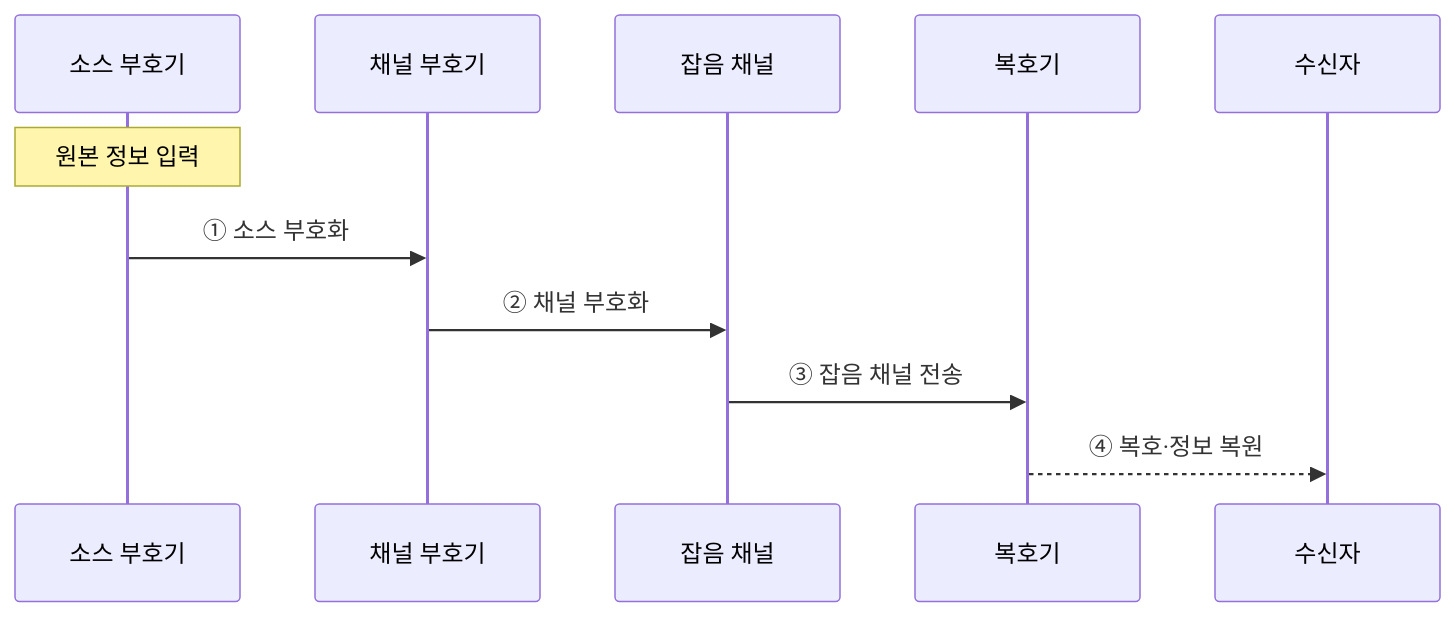
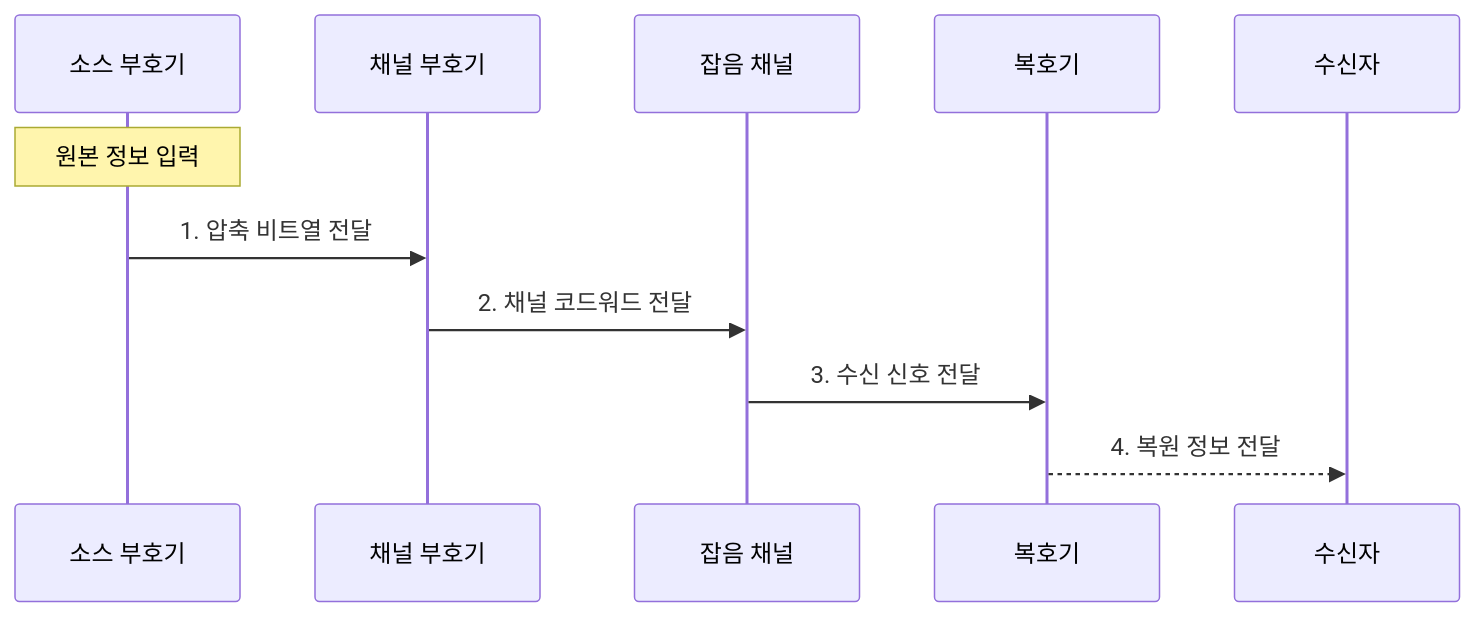
One commit to agnusdei1207/knowledge-base changed the third of 4 diagrams in src/content/docs/notes/01-basic-theory/029_information_theory.md. Above: the diagram before and after it, drawn with Mermaid. The commit also changed other lines of this file and 20 other files, not shown here.

````diff
--- a/src/content/docs/notes/01-basic-theory/029_information_theory.md
+++ b/src/content/docs/notes/01-basic-theory/029_information_theory.md
@@ -96,13 +99,13 @@
 ```mermaid
 sequenceDiagram
     participant SE as 소스 부호기
     participant CE as 채널 부호기
     participant CH as 잡음 채널
     participant DE as 복호기
     participant R as 수신자
     Note over SE: 원본 정보 입력
-    SE->>CE: ① 소스 부호화
-    CE->>CH: ② 채널 부호화
-    CH->>DE: ③ 잡음 채널 전송
-    DE-->>R: ④ 복호·정보 복원
+    SE->>CE: 1. 압축 비트열 전달
+    CE->>CH: 2. 채널 코드워드 전달
+    CH->>DE: 3. 수신 신호 전달
+    DE-->>R: 4. 복원 정보 전달
 ```
````
